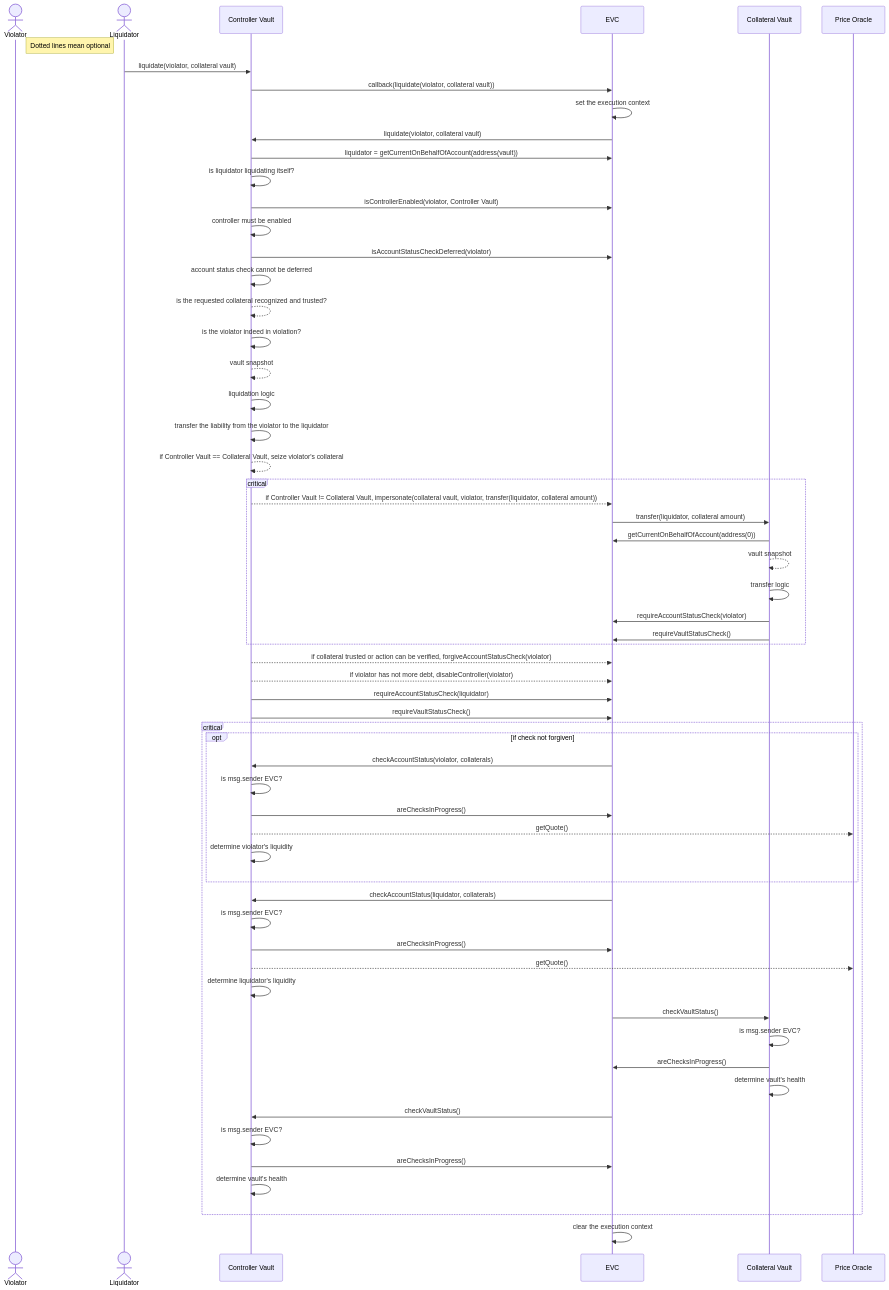
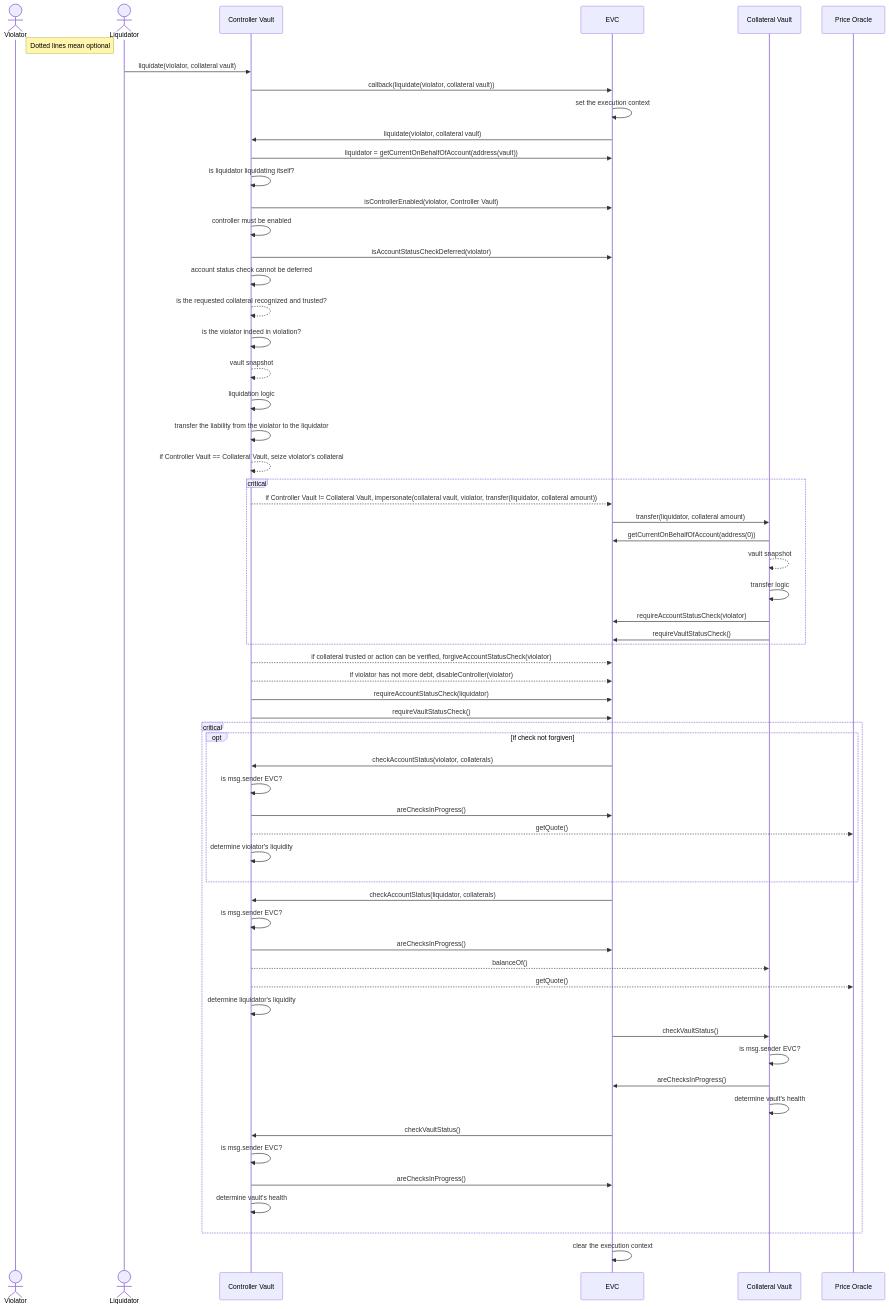
One commit to seinj0312/ethereum-vault-connector changed the diagram in docs/diagrams/Liquidation Interaction Sequence.md. Above: the diagram before and after it, drawn with Mermaid. The commit also changed 5 other files, not shown here.

````diff
--- a/docs/diagrams/Liquidation Interaction Sequence.md
+++ b/docs/diagrams/Liquidation Interaction Sequence.md
@@ -1,71 +1,72 @@
 ```mermaid
 sequenceDiagram
     actor Violator
     Note right of Violator: Dotted lines mean optional
     actor Liquidator
     participant Controller Vault
     participant EVC
     participant Collateral Vault
     participant Price Oracle
 
     Liquidator->>Controller Vault: liquidate(violator, collateral vault)
     Controller Vault->>EVC: callback(liquidate(violator, collateral vault))
     EVC->>EVC: set the execution context
     EVC->>Controller Vault: liquidate(violator, collateral vault)
 
     Controller Vault->>EVC: liquidator = getCurrentOnBehalfOfAccount(address(vault))
     Controller Vault->>Controller Vault: is liquidator liquidating itself?
     Controller Vault->>EVC: isControllerEnabled(violator, Controller Vault)
     Controller Vault->>Controller Vault: controller must be enabled
     Controller Vault->>EVC: isAccountStatusCheckDeferred(violator)
     Controller Vault->>Controller Vault: account status check cannot be deferred
     Controller Vault-->>Controller Vault: is the requested collateral recognized and trusted?
     Controller Vault->>Controller Vault: is the violator indeed in violation?
     Controller Vault-->>Controller Vault: vault snapshot
     Controller Vault->>Controller Vault: liquidation logic
     Controller Vault->>Controller Vault: transfer the liability from the violator to the liquidator
     Controller Vault-->>Controller Vault: if Controller Vault == Collateral Vault, seize violator's collateral
 
     critical
         Controller Vault-->>EVC: if Controller Vault != Collateral Vault, impersonate(collateral vault, violator, transfer(liquidator, collateral amount))
         EVC->>Collateral Vault: transfer(liquidator, collateral amount)
         Collateral Vault->>EVC: getCurrentOnBehalfOfAccount(address(0))
         Collateral Vault-->>Collateral Vault: vault snapshot
         Collateral Vault->>Collateral Vault: transfer logic
         Collateral Vault->>EVC: requireAccountStatusCheck(violator)
         Collateral Vault->>EVC: requireVaultStatusCheck()
     end
 
     Controller Vault-->>EVC: if collateral trusted or action can be verified, forgiveAccountStatusCheck(violator)
     Controller Vault-->>EVC: if violator has not more debt, disableController(violator)
     Controller Vault->>EVC: requireAccountStatusCheck(liquidator)
     Controller Vault->>EVC: requireVaultStatusCheck()
 
     critical
         opt if check not forgiven
             EVC->>Controller Vault: checkAccountStatus(violator, collaterals)
             Controller Vault->>Controller Vault: is msg.sender EVC?
             Controller Vault->>EVC: areChecksInProgress()
             Controller Vault-->>Price Oracle: getQuote()
             Controller Vault->>Controller Vault: determine violator's liquidity
         end
 
         EVC->>Controller Vault: checkAccountStatus(liquidator, collaterals)
         Controller Vault->>Controller Vault: is msg.sender EVC?
         Controller Vault->>EVC: areChecksInProgress()
+        Controller Vault-->>Collateral Vault: balanceOf()
         Controller Vault-->>Price Oracle: getQuote()
         Controller Vault->>Controller Vault: determine liquidator's liquidity
 
         EVC->>Collateral Vault: checkVaultStatus()
         Collateral Vault->>Collateral Vault: is msg.sender EVC?
         Collateral Vault->>EVC: areChecksInProgress()
         Collateral Vault->>Collateral Vault: determine vault's health
 
         EVC->>Controller Vault: checkVaultStatus()
         Controller Vault->>Controller Vault: is msg.sender EVC?
         Controller Vault->>EVC: areChecksInProgress()
         Controller Vault->>Controller Vault: determine vault's health
     end
 
     EVC->>EVC: clear the execution context
 ```
````
